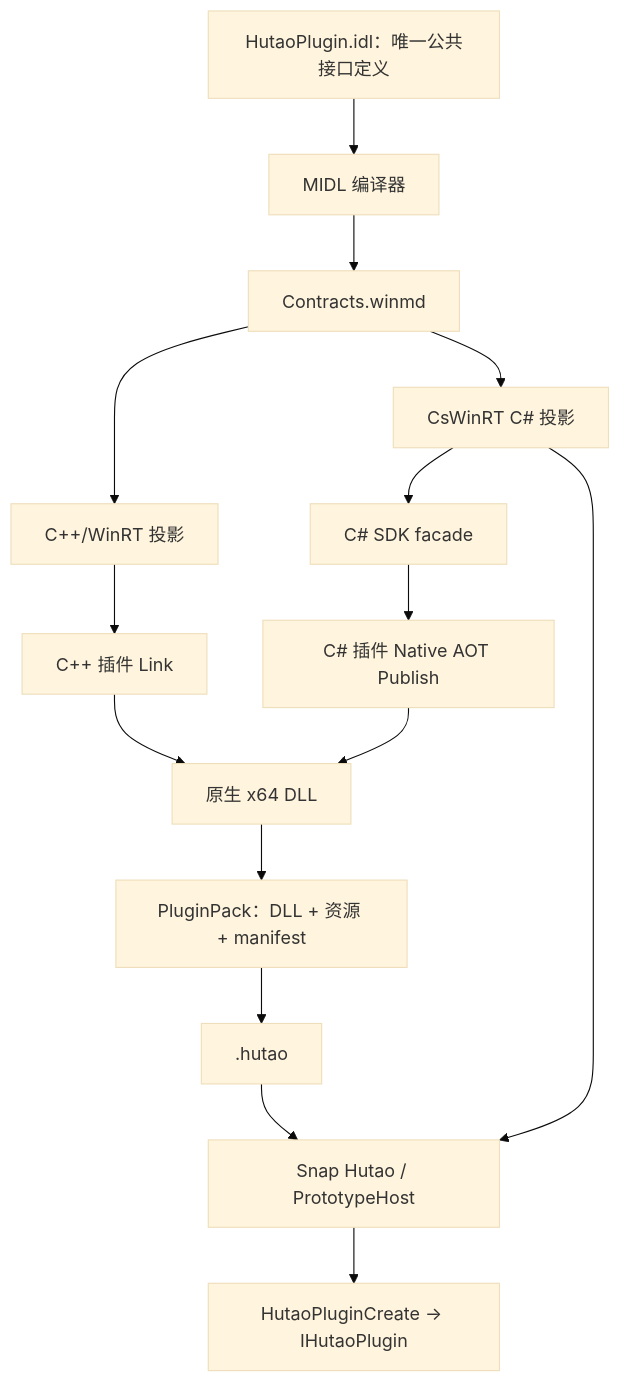
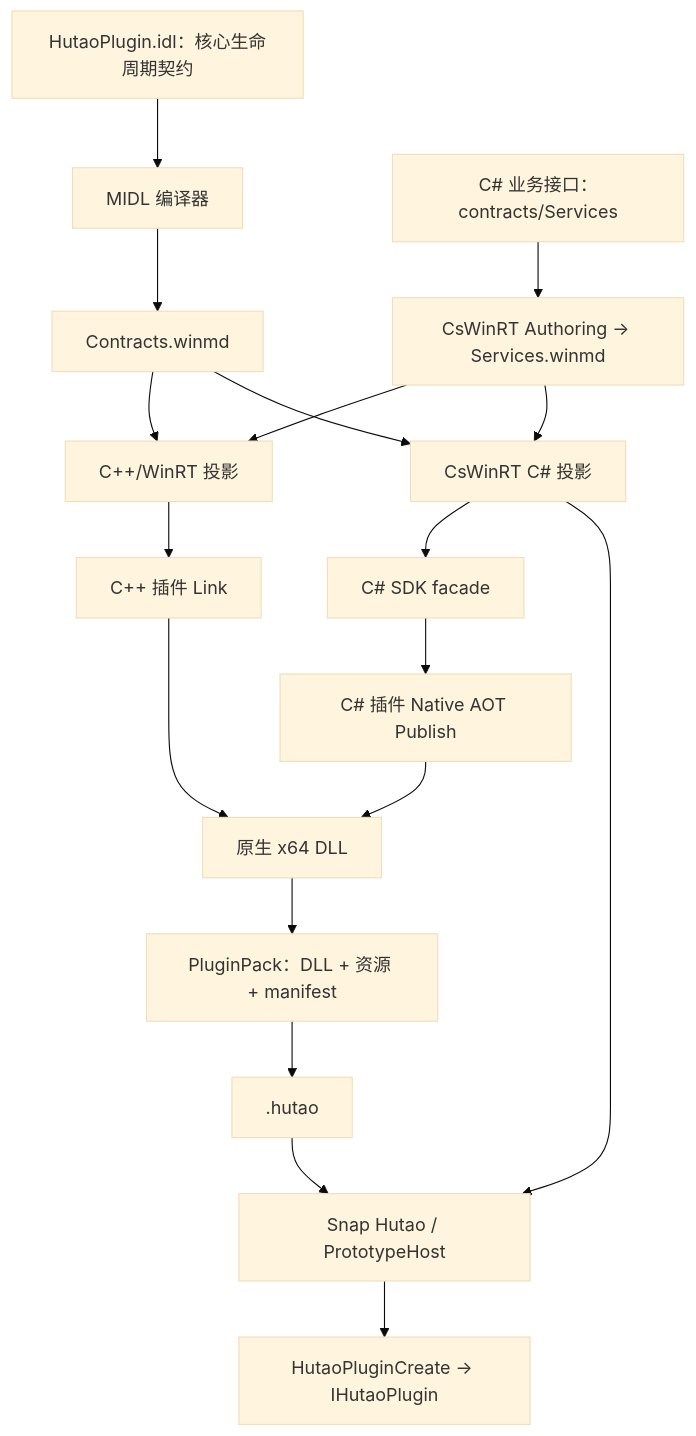
One commit to SnapHutaoRemasteringProject/Snap.Hutao.Remastered changed the first of 2 diagrams in docs/PluginSDK2-Architecture.md. Above: the diagram before and after it, drawn with Mermaid (base theme). The commit also changed other lines of this file and 9 other files, not shown here.

````diff
--- a/docs/PluginSDK2-Architecture.md
+++ b/docs/PluginSDK2-Architecture.md
@@ -7,17 +7,20 @@
 ```mermaid
 flowchart TD
-    IDL["HutaoPlugin.idl：唯一公共接口定义"] --> MIDL["MIDL 编译器"]
+    IDL["HutaoPlugin.idl：核心生命周期契约"] --> MIDL["MIDL 编译器"]
     MIDL --> WM["Contracts.winmd"]
+    AUTH["C# 业务接口：contracts/Services"] --> AW["CsWinRT Authoring → Services.winmd"]
     WM --> CPP["C++/WinRT 投影"]
+    AW --> CPP
+    AW --> CS
     WM --> CS["CsWinRT C# 投影"]
     CS --> SDK["C# SDK facade"]
     CPP --> CP["C++ 插件 Link"]
     SDK --> AP["C# 插件 Native AOT Publish"]
     CP --> DLL["原生 x64 DLL"]
     AP --> DLL
     DLL --> PACK["PluginPack：DLL + 资源 + manifest"]
     PACK --> ZIP[".hutao"]
     ZIP --> HOST["Snap Hutao / PrototypeHost"]
     HOST --> ABI["HutaoPluginCreate → IHutaoPlugin"]
     CS --> HOST
 ```
````
